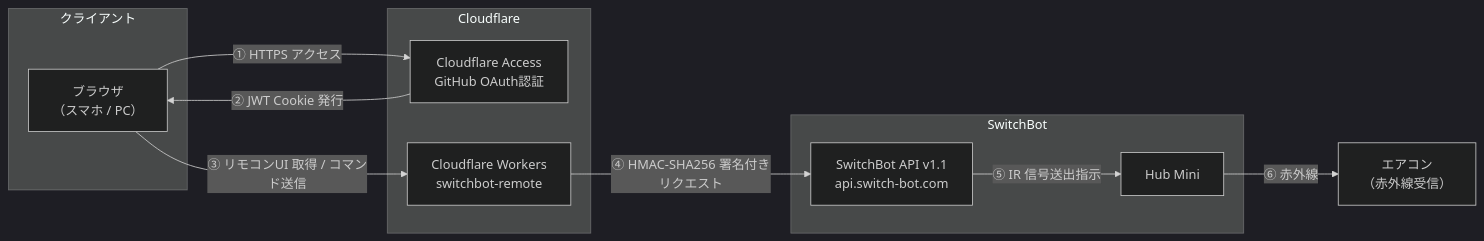
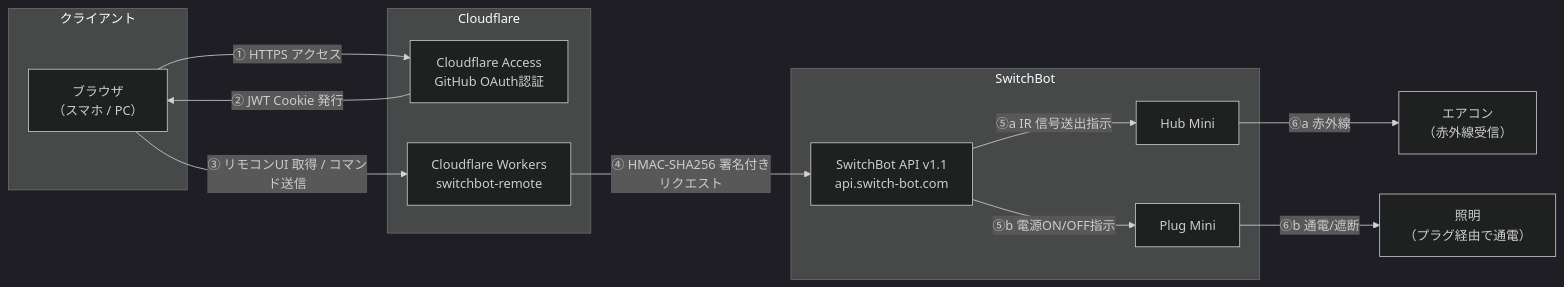
The first of 3 diagrams in README.md (huro3h/switchbot-remote), drawn with Mermaid (dark theme) before and after one commit. The commit also changed other lines of this file and 6 other files, not shown here.

````diff
--- a/README.md
+++ b/README.md
@@ -13,25 +13,29 @@
 ```mermaid
 flowchart LR
     subgraph Client["クライアント"]
         Browser["ブラウザ\n（スマホ / PC）"]
     end
 
     subgraph Cloudflare["Cloudflare"]
         Access["Cloudflare Access\nGitHub OAuth認証"]
         Worker["Cloudflare Workers\nswitchbot-remote"]
     end
 
     subgraph SwitchBot["SwitchBot"]
         API["SwitchBot API v1.1\napi.switch-bot.com"]
         Hub["Hub Mini"]
+        Plug["Plug Mini"]
     end
 
     AC["エアコン\n（赤外線受信）"]
+    Light["照明\n（プラグ経由で通電）"]
 
     Browser -->|"① HTTPS アクセス"| Access
     Access -->|"② JWT Cookie 発行"| Browser
     Browser -->|"③ リモコンUI 取得 / コマンド送信"| Worker
     Worker -->|"④ HMAC-SHA256 署名付きリクエスト"| API
-    API -->|"⑤ IR 信号送出指示"| Hub
-    Hub -->|"⑥ 赤外線"| AC
+    API -->|"⑤a IR 信号送出指示"| Hub
+    Hub -->|"⑥a 赤外線"| AC
+    API -->|"⑤b 電源ON/OFF指示"| Plug
+    Plug -->|"⑥b 通電/遮断"| Light
 ```
````
